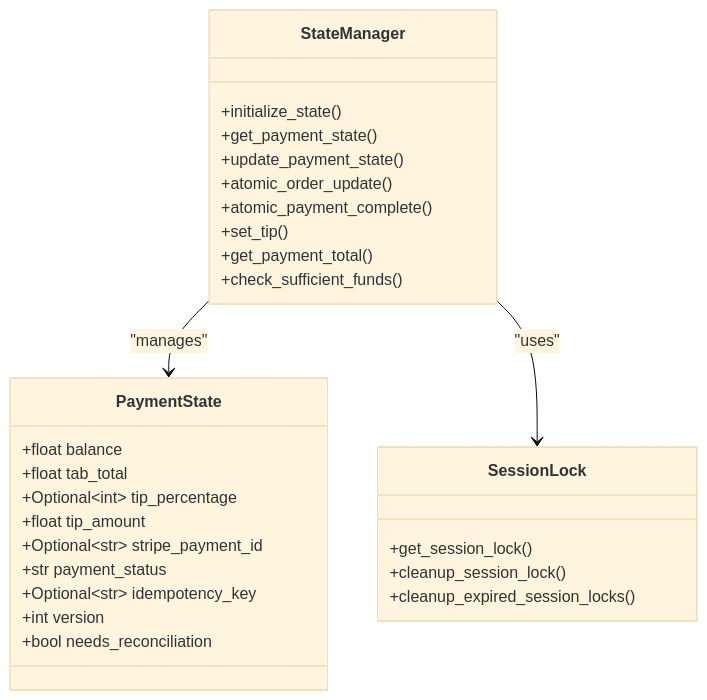
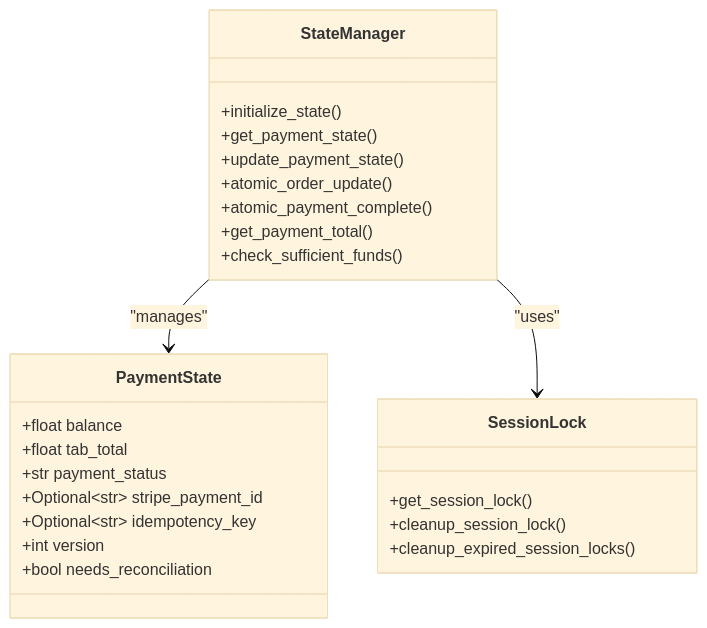
Before and after one commit to MOK-5-ha/MayaMCP: the third of 7 diagrams in .qoder/repowiki/en/content/Payment Processing System/Tab Management System.md, drawn with Mermaid (base theme). The commit also changed other lines of this file and 27 other files, not shown here.

````diff
--- a/.qoder/repowiki/en/content/Payment Processing System/Tab Management System.md
+++ b/.qoder/repowiki/en/content/Payment Processing System/Tab Management System.md
@@ -173,31 +172,28 @@
 ```mermaid
 classDiagram
 class PaymentState {
 +float balance
 +float tab_total
-+Optional~int~ tip_percentage
-+float tip_amount
++str payment_status
 +Optional~str~ stripe_payment_id
-+str payment_status
 +Optional~str~ idempotency_key
 +int version
 +bool needs_reconciliation
 }
 class StateManager {
 +initialize_state()
 +get_payment_state()
 +update_payment_state()
 +atomic_order_update()
 +atomic_payment_complete()
-+set_tip()
 +get_payment_total()
 +check_sufficient_funds()
 }
 class SessionLock {
 +get_session_lock()
 +cleanup_session_lock()
 +cleanup_expired_session_locks()
 }
 StateManager --> PaymentState : "manages"
 StateManager --> SessionLock : "uses"
 ```
````
